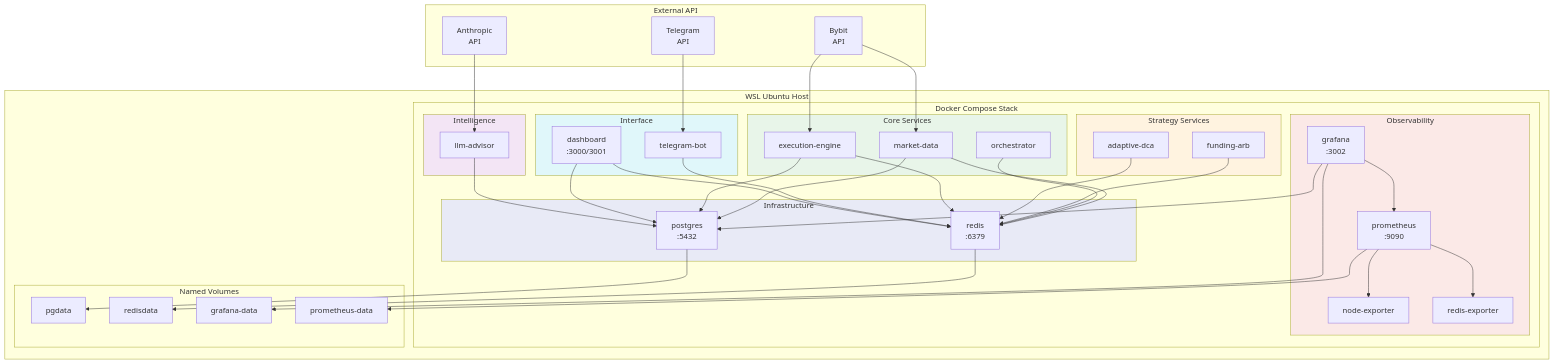
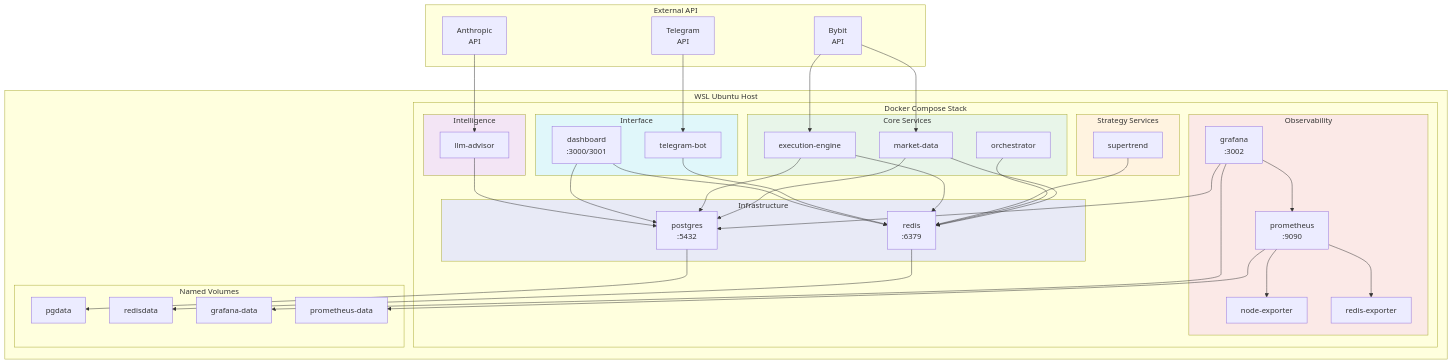
The fourth of 4 diagrams in docs/architecture/deployment.md (Justant-source/Bit-Mania), drawn with Mermaid before and after one commit. The commit also changed other lines of this file and 34 other files, not shown here.

```diff
--- a/docs/architecture/deployment.md
+++ b/docs/architecture/deployment.md
@@ -395,8 +393,7 @@
             end
 
             subgraph strat["Strategy Services"]
-                farb["funding-arb"]
-                dca["adaptive-dca"]
+                st["supertrend"]
             end
 
             subgraph intel["Intelligence"]
@@ -432,8 +429,7 @@
     md --> pg
     md --> redis
     orch --> redis
-    farb --> redis
-    dca --> redis
+    st --> redis
     exec --> redis
     exec --> pg
     tbot --> redis
```
